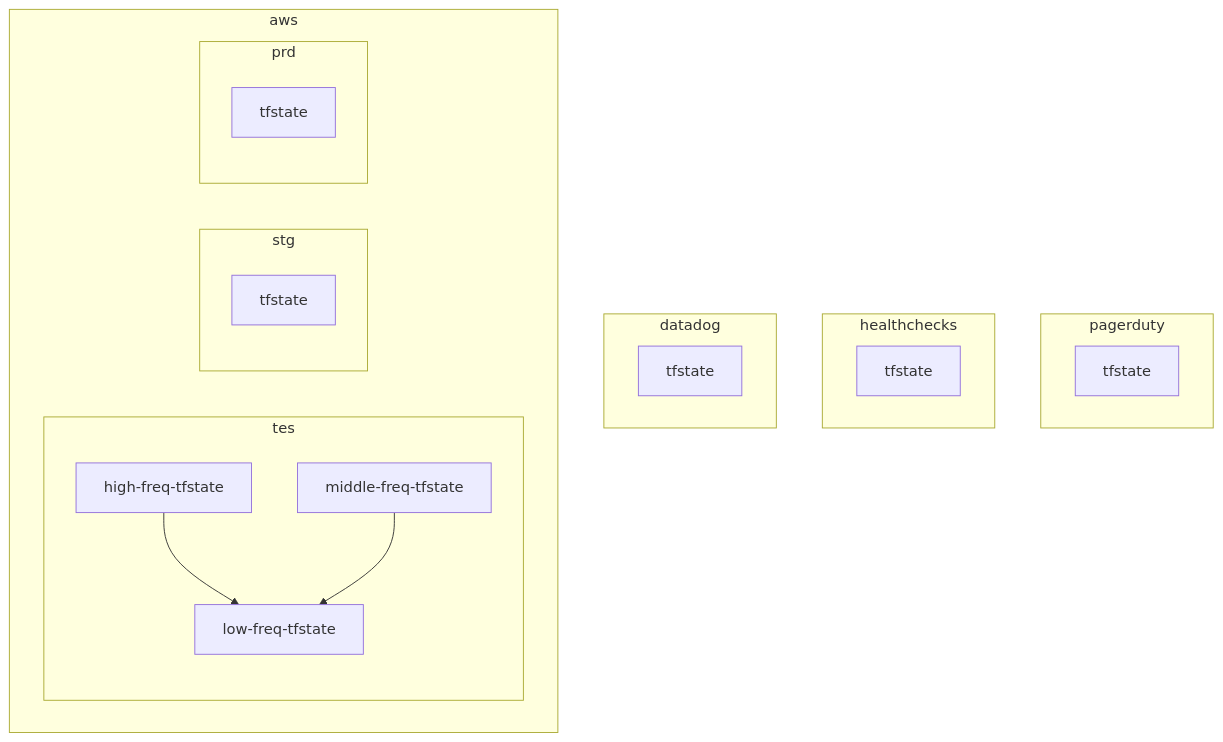
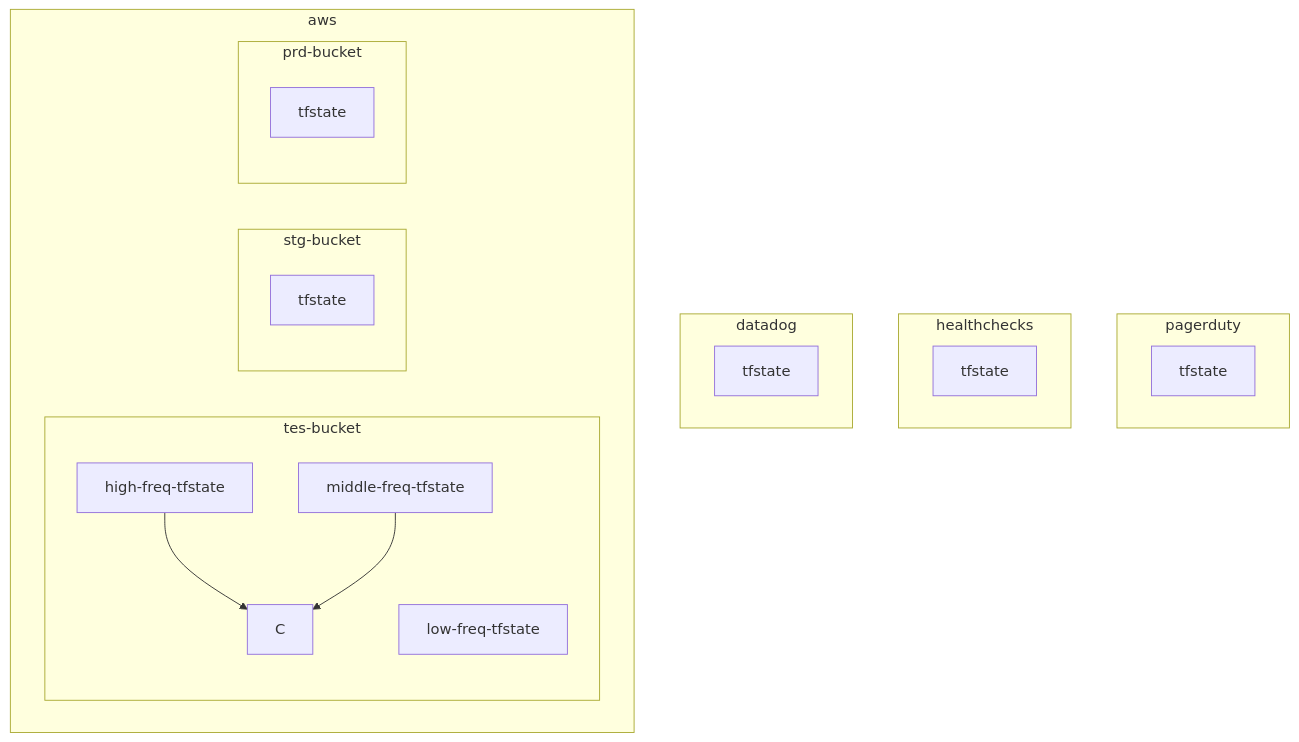
The sixth of 7 diagrams in docs/infrastructure_as_code/infrastructure_as_code_terraform_policy_tfstate.md (hiroki-it/tech-notebook), drawn with Mermaid before and after one commit. The commit also changed other lines of this file and 2 other files, not shown here.

````diff
--- a/docs/infrastructure_as_code/infrastructure_as_code_terraform_policy_tfstate.md
+++ b/docs/infrastructure_as_code/infrastructure_as_code_terraform_policy_tfstate.md
@@ -912,25 +909,25 @@
 ```mermaid
 graph TB
     subgraph pagerduty
-    Pagerduty[tfstate]
+        Pagerduty[tfstate]
     end
     subgraph healthchecks
-    Healthchecks[tfstate]
+        Healthchecks[tfstate]
     end
     subgraph datadog
-    Datadog[tfstate]
+        Datadog[tfstate]
     end
     subgraph aws
-    subgraph tes
-    A[high-freq-tfstate]-->C
-    B[middle-freq-tfstate]-->C
-    C[low-freq-tfstate]
+        subgraph tes-bucket
+            High[high-freq-tfstate]-->C
+            Middle[middle-freq-tfstate]-->C
+            Low[low-freq-tfstate]
+        end
+    subgraph stg-bucket
+        Stg[tfstate]
     end
-    subgraph stg
-    D[tfstate]
-    end
-    subgraph prd
-    e[tfstate]
+    subgraph prd-bucket
+        Prd[tfstate]
     end
     end
 ```
````
